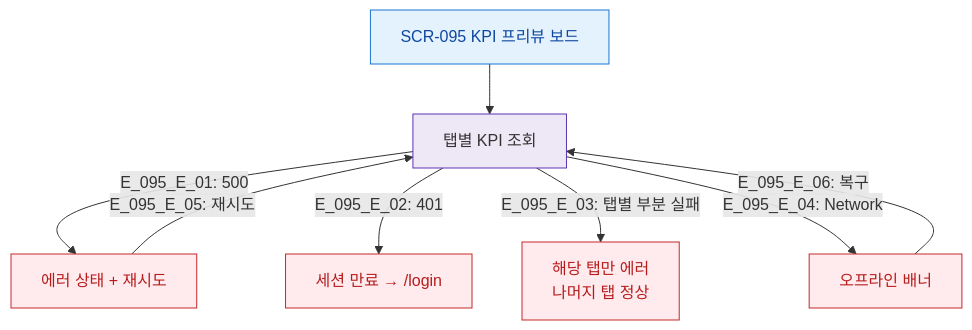
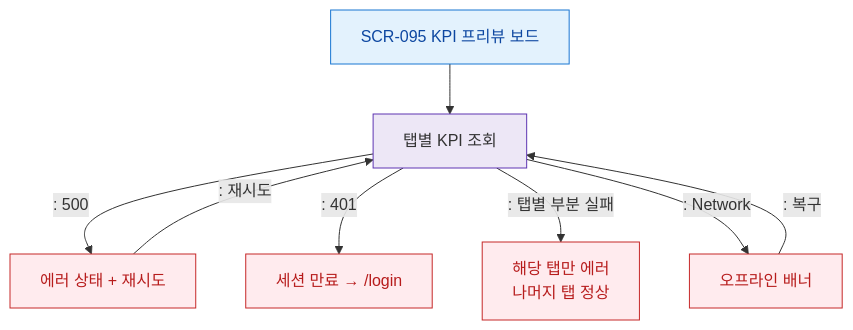
The diagram in docs/다이어그램/D10_본사관리/SCR-095_KPI프리뷰보드/F8_에러.md (dev-spogym/admin-pando), drawn with Mermaid before and after one commit. The commit also changed other lines of this file and 1660 other files, not shown here.

First line of the commit message:
다이어그램: 기획자/클라이언트 납품본으로 정리

````diff
--- a/docs/다이어그램/D10_본사관리/SCR-095_KPI프리뷰보드/F8_에러.md
+++ b/docs/다이어그램/D10_본사관리/SCR-095_KPI프리뷰보드/F8_에러.md
@@ -14,20 +12,20 @@
 ```mermaid
 flowchart TD
   SCR_095[SCR-095 KPI 프리뷰 보드] --> Load[탭별 KPI 조회]
 
-  Load -->|"E_095_E_01: 500"| ErrServer[에러 상태 + 재시도]
-  Load -->|"E_095_E_02: 401"| ErrAuth[세션 만료 → /login]
-  Load -->|"E_095_E_03: 탭별 부분 실패"| ErrPartial[해당 탭만 에러\n나머지 탭 정상]
-  Load -->|"E_095_E_04: Network"| ErrNet[오프라인 배너]
+  Load -->|": 500"|ErrServer[에러 상태 + 재시도]
+  Load -->|": 401"|ErrAuth[세션 만료 → /login]
+  Load -->|": 탭별 부분 실패"|ErrPartial[해당 탭만 에러\n나머지 탭 정상]
+  Load -->|": Network"|ErrNet[오프라인 배너]
 
-  ErrServer -->|"E_095_E_05: 재시도"| Load
-  ErrNet -->|"E_095_E_06: 복구"| Load
+  ErrServer -->|": 재시도"|Load
+  ErrNet -->|": 복구"|Load
 
   classDef screen fill:#E3F2FD,stroke:#1976D2,color:#0D47A1
   classDef error fill:#FFEBEE,stroke:#C62828,color:#B71C1C
   classDef system fill:#EDE7F6,stroke:#5E35B2
 
   class SCR_095 screen
   class ErrServer,ErrAuth,ErrPartial,ErrNet error
   class Load system
 ```
````
